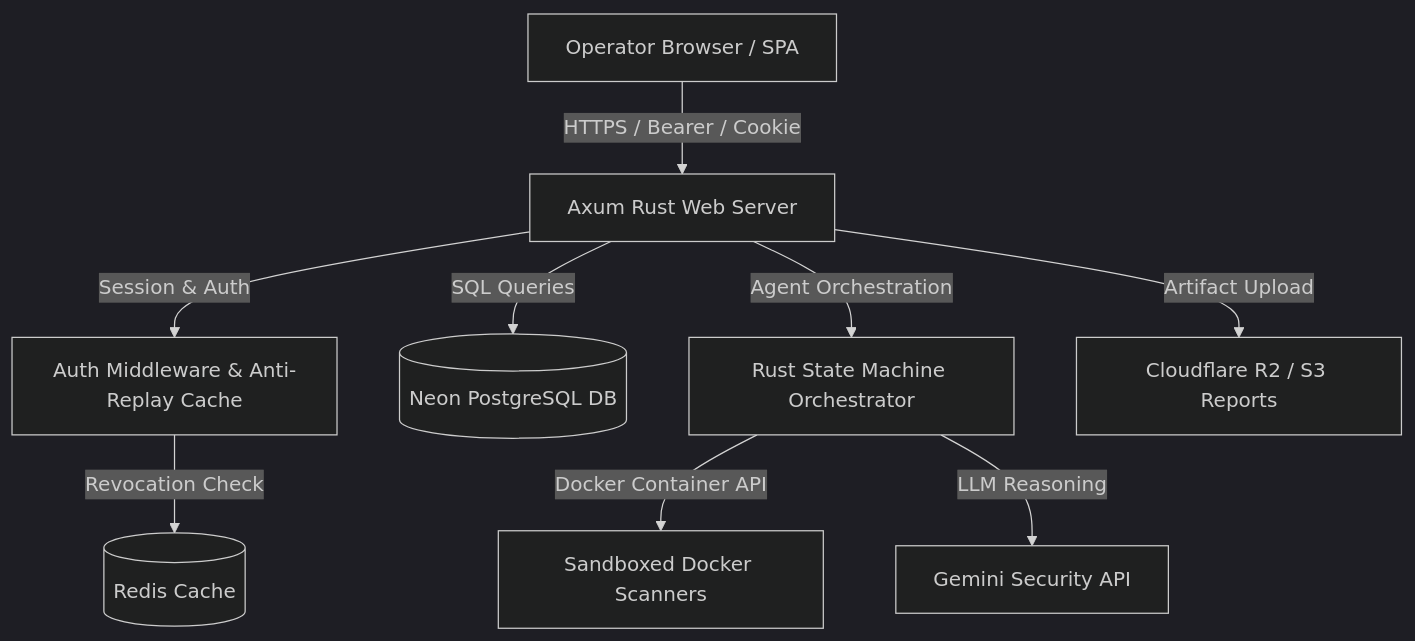
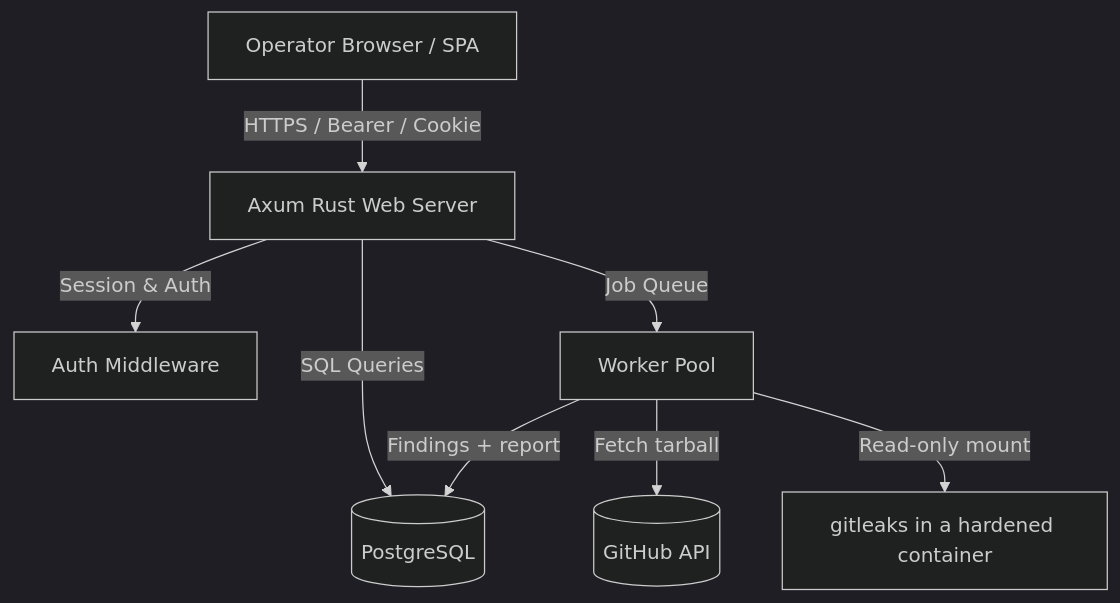
One commit to johan-droid/Fire-Crow- changed the diagram in README.md. Above: the diagram before and after it, drawn with Mermaid (dark theme). The commit also changed other lines of this file and 18 other files, not shown here.

Commit message:
feat(scan): real fetch + gitleaks scan pipeline with guarded status writes

````diff
--- a/README.md
+++ b/README.md
@@ -44,11 +67,10 @@
 ```mermaid
 graph TD
     Client[Operator Browser / SPA] -->|HTTPS / Bearer / Cookie| Axum[Axum Rust Web Server]
-    Axum -->|Session & Auth| AuthMiddleware[Auth Middleware & Anti-Replay Cache]
-    AuthMiddleware -->|Revocation Check| Redis[(Redis Cache)]
-    Axum -->|SQL Queries| Postgres[(Neon PostgreSQL DB)]
-    Axum -->|Agent Orchestration| Orchestrator[Rust State Machine Orchestrator]
-    Orchestrator -->|Docker Container API| Sandbox[Sandboxed Docker Scanners]
-    Orchestrator -->|LLM Reasoning| Gemini[Gemini Security API]
-    Axum -->|Artifact Upload| R2[Cloudflare R2 / S3 Reports]
+    Axum -->|Session & Auth| AuthMiddleware[Auth Middleware]
+    Axum -->|SQL Queries| Postgres[(PostgreSQL)]
+    Axum -->|Job Queue| Worker[Worker Pool]
+    Worker -->|Fetch tarball| GitHub[(GitHub API)]
+    Worker -->|Read-only mount| Sandbox[gitleaks in a hardened container]
+    Worker -->|Findings + report| Postgres
 ```
````
